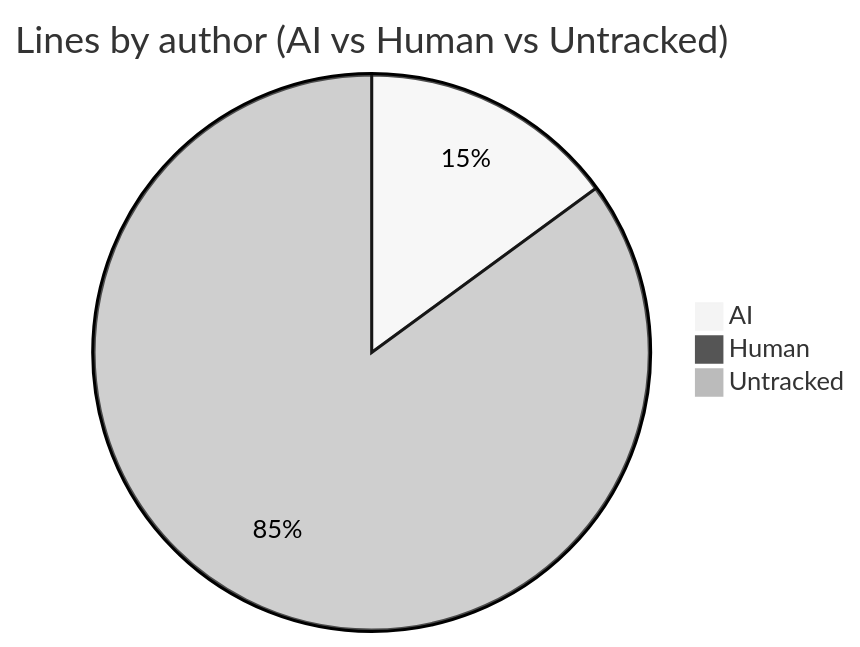
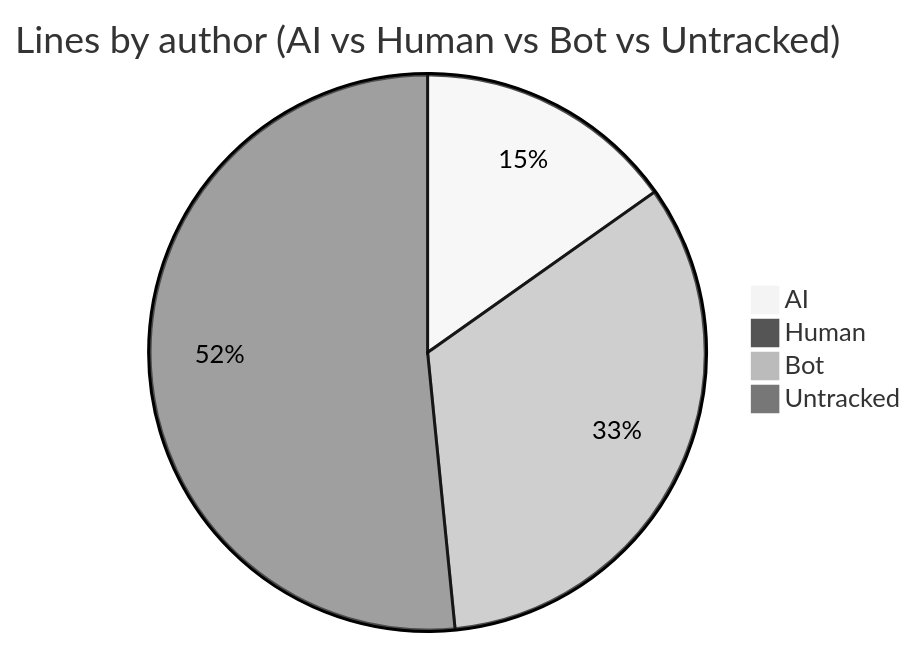
One commit to CaliMark/game-of-life changed the first of 2 diagrams in AI-AUTHORSHIP.md. Above: the diagram before and after it, drawn with Mermaid (neutral theme). The commit also changed other lines of this file and 1 other file, not shown here.

````diff
--- a/AI-AUTHORSHIP.md
+++ b/AI-AUTHORSHIP.md
@@ -19,6 +20,7 @@
 ```mermaid
-pie title Lines by author (AI vs Human vs Untracked)
-    "AI" : 859
+pie title Lines by author (AI vs Human vs Bot vs Untracked)
+    "AI" : 896
     "Human" : 1
-    "Untracked" : 4890
+    "Bot" : 1958
+    "Untracked" : 3040
 ```
````
